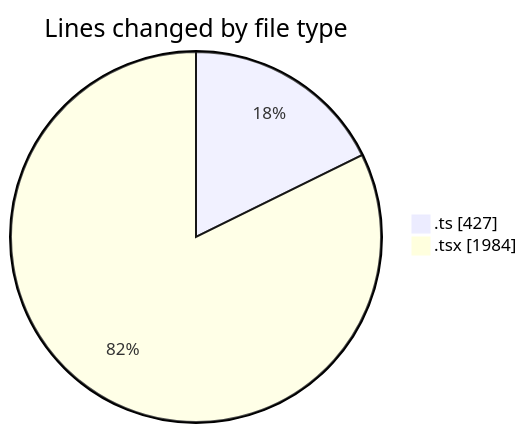
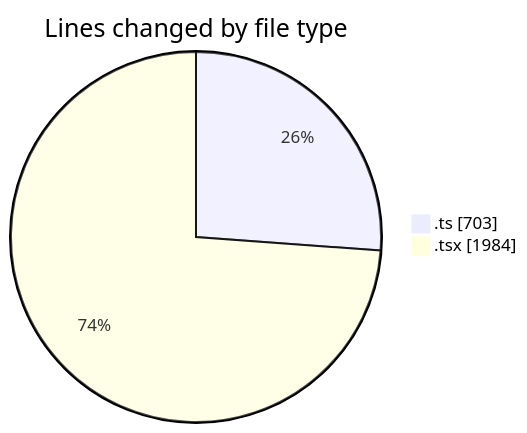
One commit to nxtqubesakshisongat/code-tracking changed the first of 2 diagrams in 2026-03-11/nxtqube_webapp/README.md. Above: the diagram before and after it, drawn with Mermaid. The commit also changed other lines of this file and 1 other file, not shown here.

````diff
--- a/2026-03-11/nxtqube_webapp/README.md
+++ b/2026-03-11/nxtqube_webapp/README.md
@@ -23,6 +24,6 @@
 ```mermaid
 pie showData
 title Lines changed by file type
-".ts" : 427
+".ts" : 703
 ".tsx" : 1984
 ```
````
